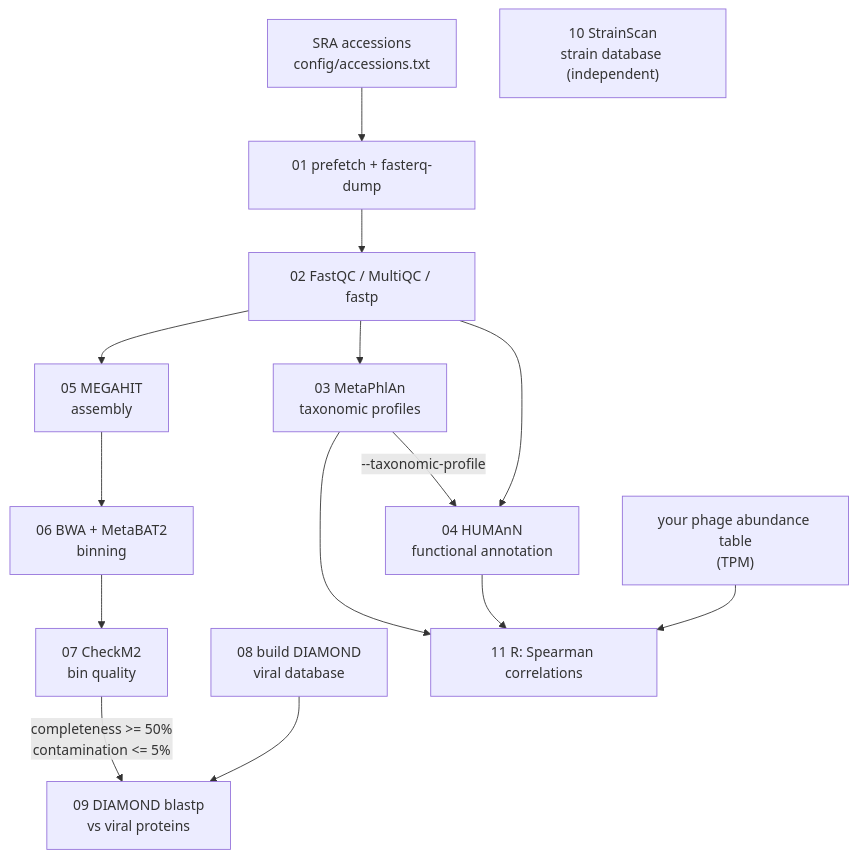
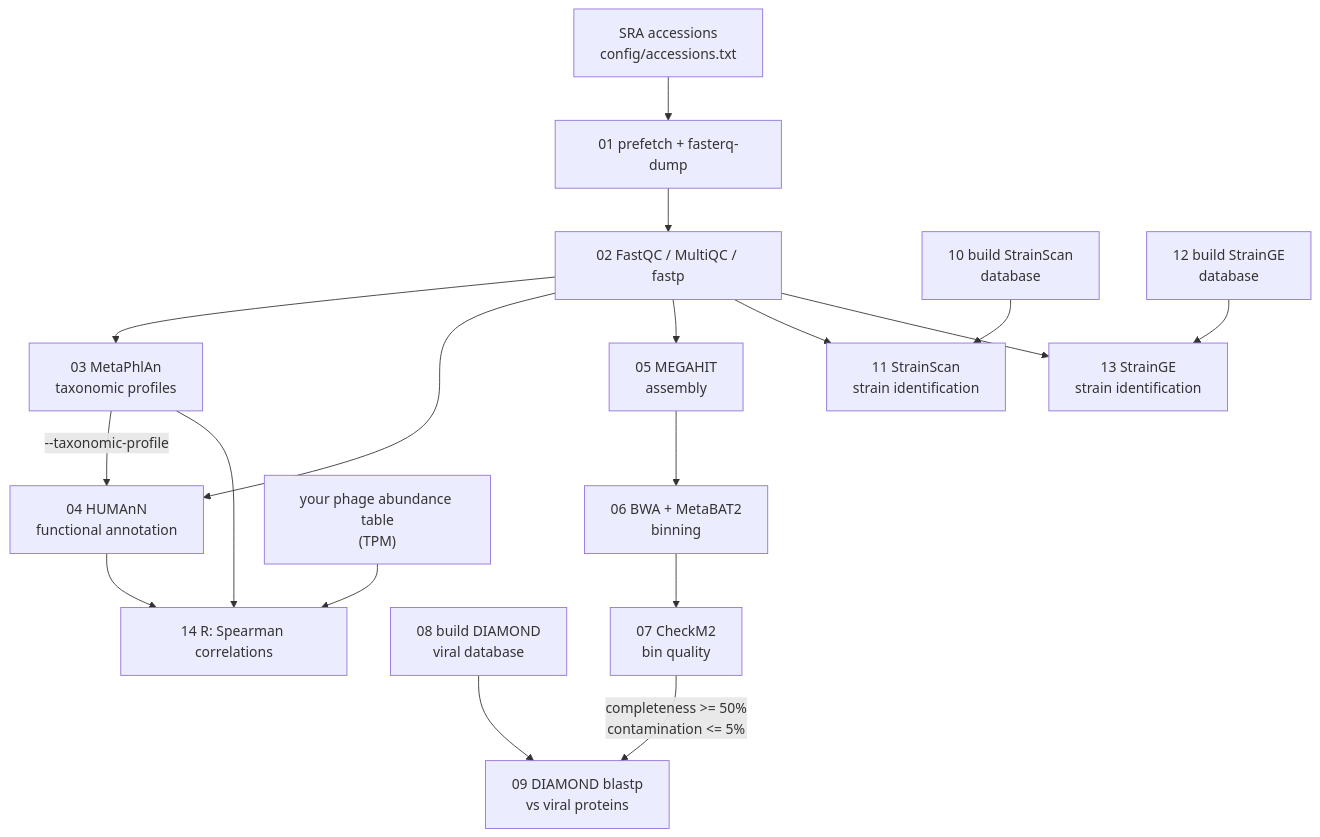
The diagram in README.md (sahilrishav2/Atacama_Microbiome), drawn with Mermaid before and after one commit. The commit also changed other lines of this file, not shown here.

````diff
--- a/README.md
+++ b/README.md
@@ -13,17 +13,20 @@
 ```mermaid
 flowchart TD
     A["SRA accessions<br/>config/accessions.txt"] --> B["01 prefetch + fasterq-dump"]
     B --> C["02 FastQC / MultiQC / fastp"]
     C --> D["03 MetaPhlAn<br/>taxonomic profiles"]
     D -->|"--taxonomic-profile"| HU["04 HUMAnN<br/>functional annotation"]
     C --> HU
     C --> E["05 MEGAHIT<br/>assembly"]
     E --> F["06 BWA + MetaBAT2<br/>binning"]
     F --> G["07 CheckM2<br/>bin quality"]
     G -->|"completeness >= 50%<br/>contamination <= 5%"| H["09 DIAMOND blastp<br/>vs viral proteins"]
     V["08 build DIAMOND<br/>viral database"] --> H
-    S["10 StrainScan<br/>strain database (independent)"]
-    D --> R["11 R: Spearman correlations"]
+    C --> SS["11 StrainScan<br/>strain identification"]
+    S["10 build StrainScan<br/>database"] --> SS
+    C --> SG["13 StrainGE<br/>strain identification"]
+    SD["12 build StrainGE<br/>database"] --> SG
+    D --> R["14 R: Spearman correlations"]
     HU --> R
     P["your phage abundance table<br/>(TPM)"] --> R
 ```
````
